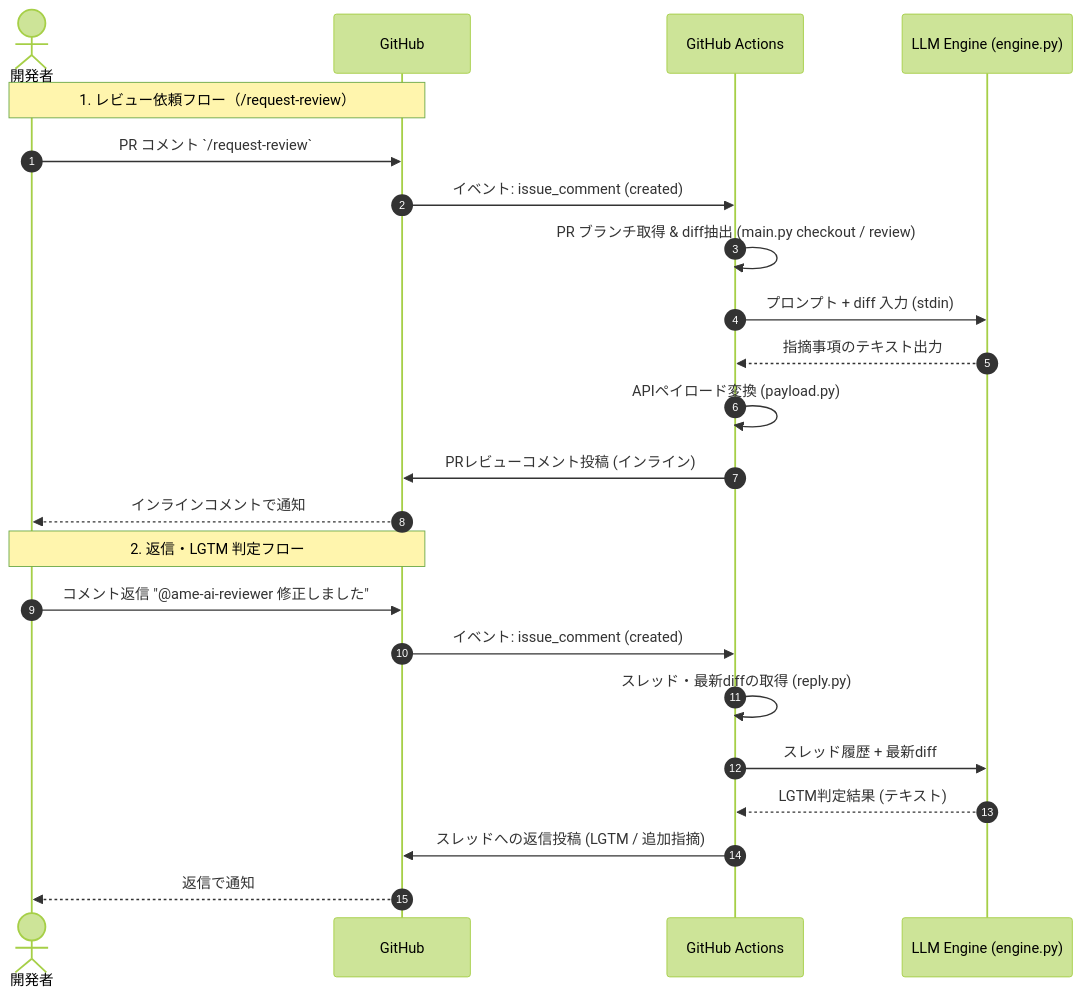
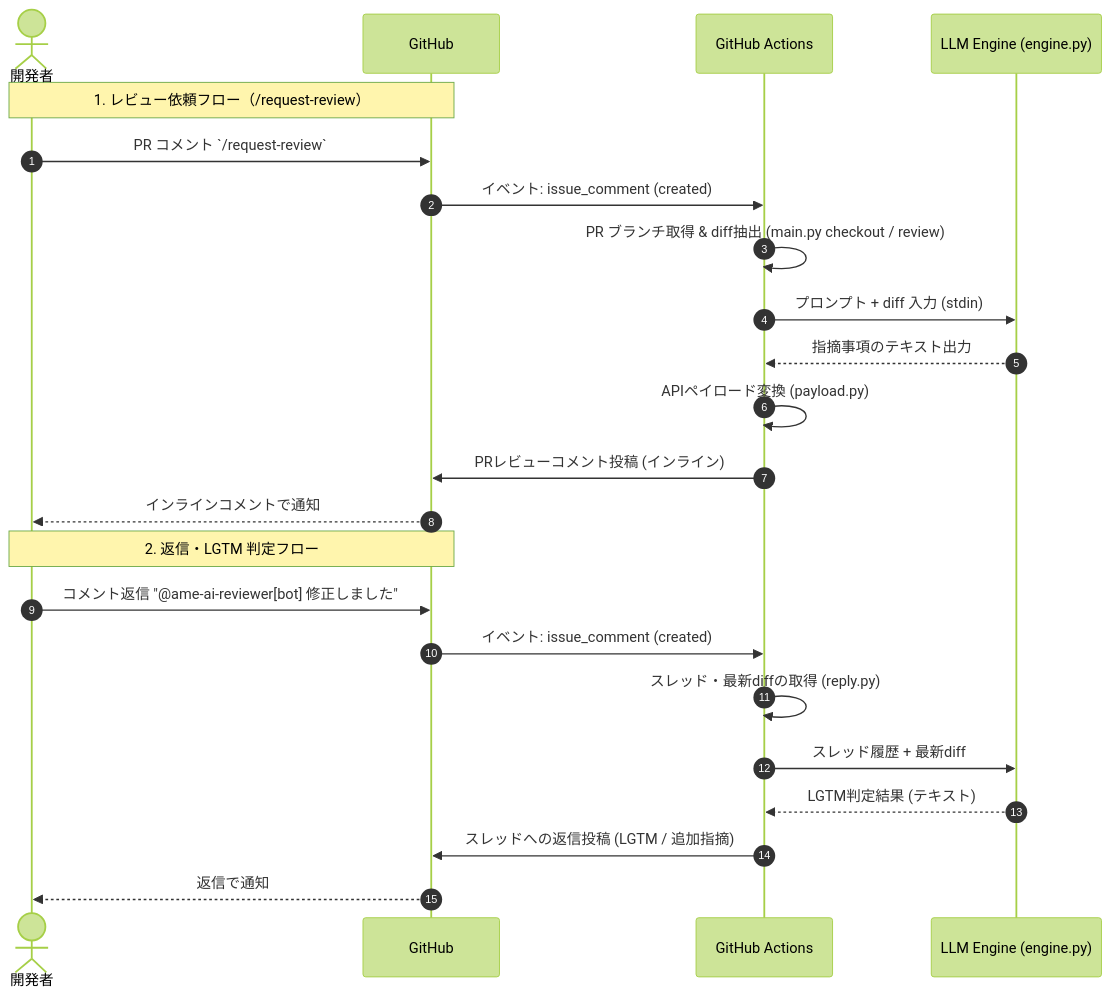
The second of 2 diagrams in ame_ai_review_system/docs/architecture.md (AME-Team/AME-AI-Review-System), drawn with Mermaid (forest theme) before and after one commit. The commit also changed 15 other files, not shown here.

Commit message:
feat: migrate review auth from PAT to GitHub App

````diff
--- a/ame_ai_review_system/docs/architecture.md
+++ b/ame_ai_review_system/docs/architecture.md
@@ -72,27 +72,27 @@
 ```mermaid
 sequenceDiagram
     autonumber
     actor Developer as 開発者
     participant GitHub as GitHub
     participant Actions as GitHub Actions
     participant Engine as LLM Engine (engine.py)
 
     Note over Developer, GitHub: 1. レビュー依頼フロー（/request-review）
     Developer->>GitHub: PR コメント `/request-review`
     GitHub->>Actions: イベント: issue_comment (created)
     Actions->>Actions: PR ブランチ取得 & diff抽出 (main.py checkout / review)
     Actions->>Engine: プロンプト + diff 入力 (stdin)
     Engine-->>Actions: 指摘事項のテキスト出力
     Actions->>Actions: APIペイロード変換 (payload.py)
     Actions->>GitHub: PRレビューコメント投稿 (インライン)
     GitHub-->>Developer: インラインコメントで通知
 
     Note over Developer, GitHub: 2. 返信・LGTM 判定フロー
-    Developer->>GitHub: コメント返信 "@ame-ai-reviewer 修正しました"
+    Developer->>GitHub: コメント返信 "@ame-ai-reviewer[bot] 修正しました"
     GitHub->>Actions: イベント: issue_comment (created)
     Actions->>Actions: スレッド・最新diffの取得 (reply.py)
     Actions->>Engine: スレッド履歴 + 最新diff
     Engine-->>Actions: LGTM判定結果 (テキスト)
     Actions->>GitHub: スレッドへの返信投稿 (LGTM / 追加指摘)
     GitHub-->>Developer: 返信で通知
 ```
````
